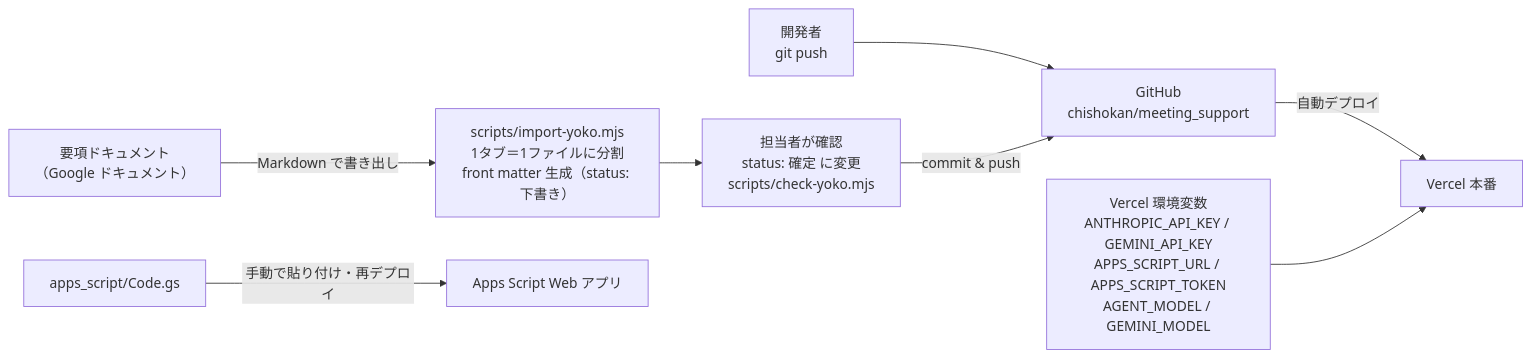
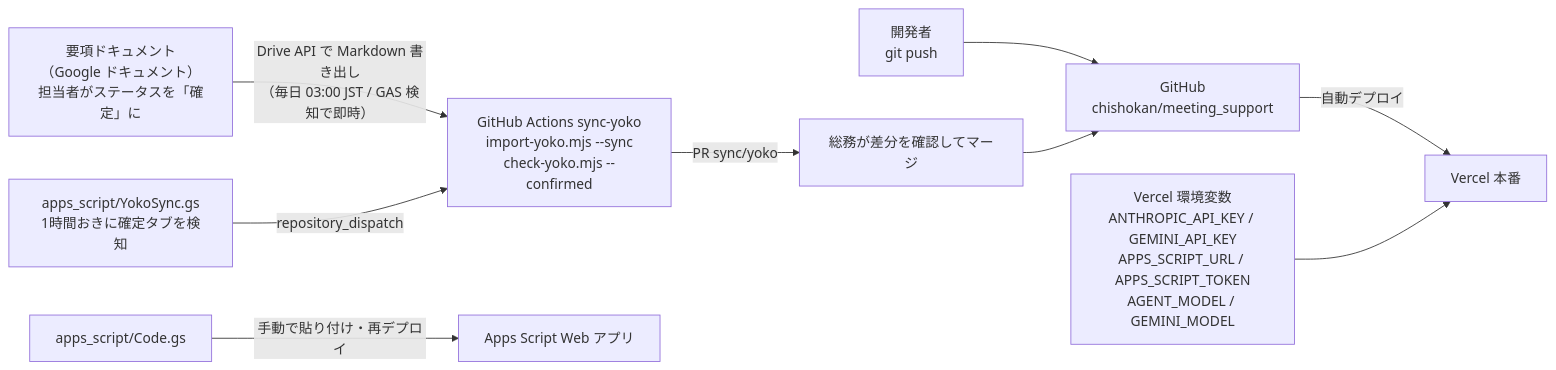
The third of 7 diagrams in docs/system-architecture.md (Chishokan/meeting_support), drawn with Mermaid before and after one commit. The commit also changed other lines of this file and 6 other files, not shown here.

First line of the commit message:
feat: 要項の「確定」を起点に Google ドキュメント → git を自動同期する

````diff
--- a/docs/system-architecture.md
+++ b/docs/system-architecture.md
@@ -139,10 +139,11 @@
 ```mermaid
 flowchart LR
   DEV["開発者<br/>git push"] --> GH["GitHub<br/>chishokan/meeting_support"]
   GH -->|"自動デプロイ"| VC["Vercel 本番"]
-  GDOC["要項ドキュメント<br/>（Google ドキュメント）"] -->|"Markdown で書き出し"| IMP["scripts/import-yoko.mjs<br/>1タブ＝1ファイルに分割<br/>front matter 生成（status: 下書き）"]
-  IMP --> CHK["担当者が確認<br/>status: 確定 に変更<br/>scripts/check-yoko.mjs"]
-  CHK -->|"commit & push"| GH
+  GDOC["要項ドキュメント<br/>（Google ドキュメント）<br/>担当者がステータスを「確定」に"] -->|"Drive API で Markdown 書き出し<br/>（毎日 03:00 JST / GAS 検知で即時）"| ACT["GitHub Actions sync-yoko<br/>import-yoko.mjs --sync<br/>check-yoko.mjs --confirmed"]
+  ACT -->|"PR sync/yoko"| REV["総務が差分を確認してマージ"]
+  REV --> GH
+  GASY["apps_script/YokoSync.gs<br/>1時間おきに確定タブを検知"] -->|"repository_dispatch"| ACT
   GASSRC["apps_script/Code.gs"] -->|"手動で貼り付け・再デプロイ"| GASWEB["Apps Script Web アプリ"]
   ENV["Vercel 環境変数<br/>ANTHROPIC_API_KEY / GEMINI_API_KEY<br/>APPS_SCRIPT_URL / APPS_SCRIPT_TOKEN<br/>AGENT_MODEL / GEMINI_MODEL"] --> VC
 ```
````
